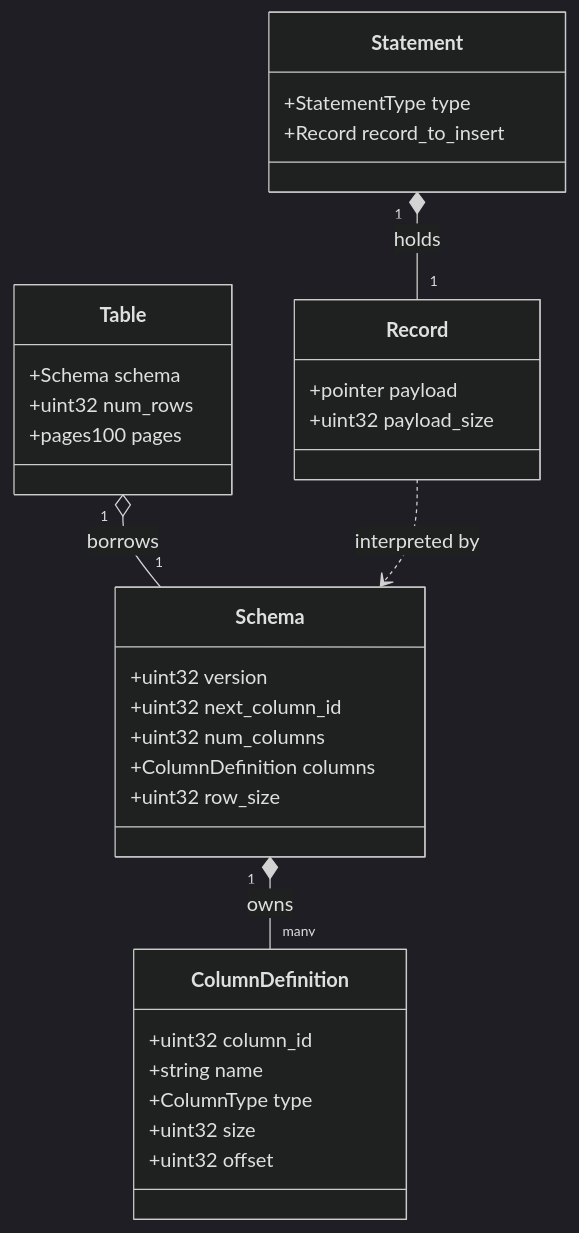
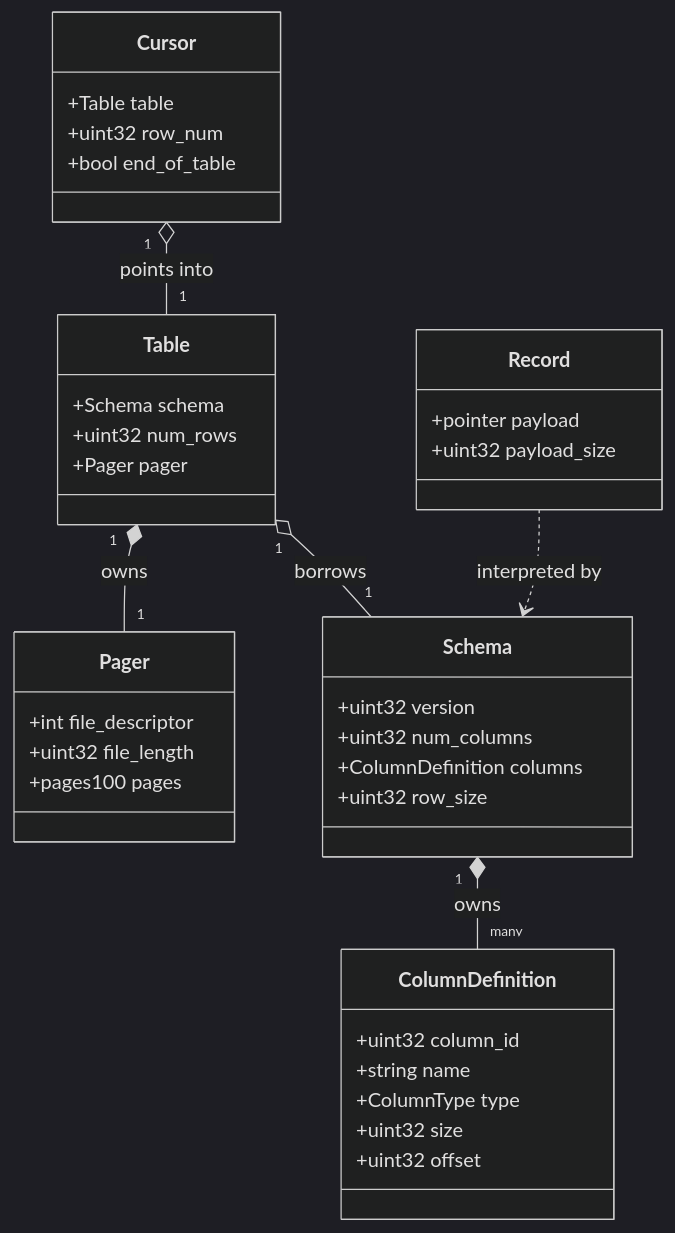
The fourth of 14 diagrams in README.md (Rohitangshu2026/mini-sql), drawn with Mermaid (dark theme) before and after one commit. The commit also changed other lines of this file, not shown here.

Commit message:
docs: update README for disk persistence and the cursor abstraction

````diff
--- a/README.md
+++ b/README.md
@@ -233,35 +255,41 @@
 ```mermaid
 classDiagram
     class Schema {
         +uint32 version
-        +uint32 next_column_id
         +uint32 num_columns
         +ColumnDefinition columns
         +uint32 row_size
     }
     class ColumnDefinition {
         +uint32 column_id
         +string name
         +ColumnType type
         +uint32 size
         +uint32 offset
     }
+    class Pager {
+        +int file_descriptor
+        +uint32 file_length
+        +pages100 pages
+    }
+    class Table {
+        +Schema schema
+        +uint32 num_rows
+        +Pager pager
+    }
+    class Cursor {
+        +Table table
+        +uint32 row_num
+        +bool end_of_table
+    }
     class Record {
         +pointer payload
         +uint32 payload_size
     }
-    class Table {
-        +Schema schema
-        +uint32 num_rows
-        +pages100 pages
-    }
-    class Statement {
-        +StatementType type
-        +Record record_to_insert
-    }
 
     Schema "1" *-- "many" ColumnDefinition : owns
+    Table "1" *-- "1" Pager : owns
     Table "1" o-- "1" Schema : borrows
-    Statement "1" *-- "1" Record : holds
+    Cursor "1" o-- "1" Table : points into
     Record ..> Schema : interpreted by
 ```
````
